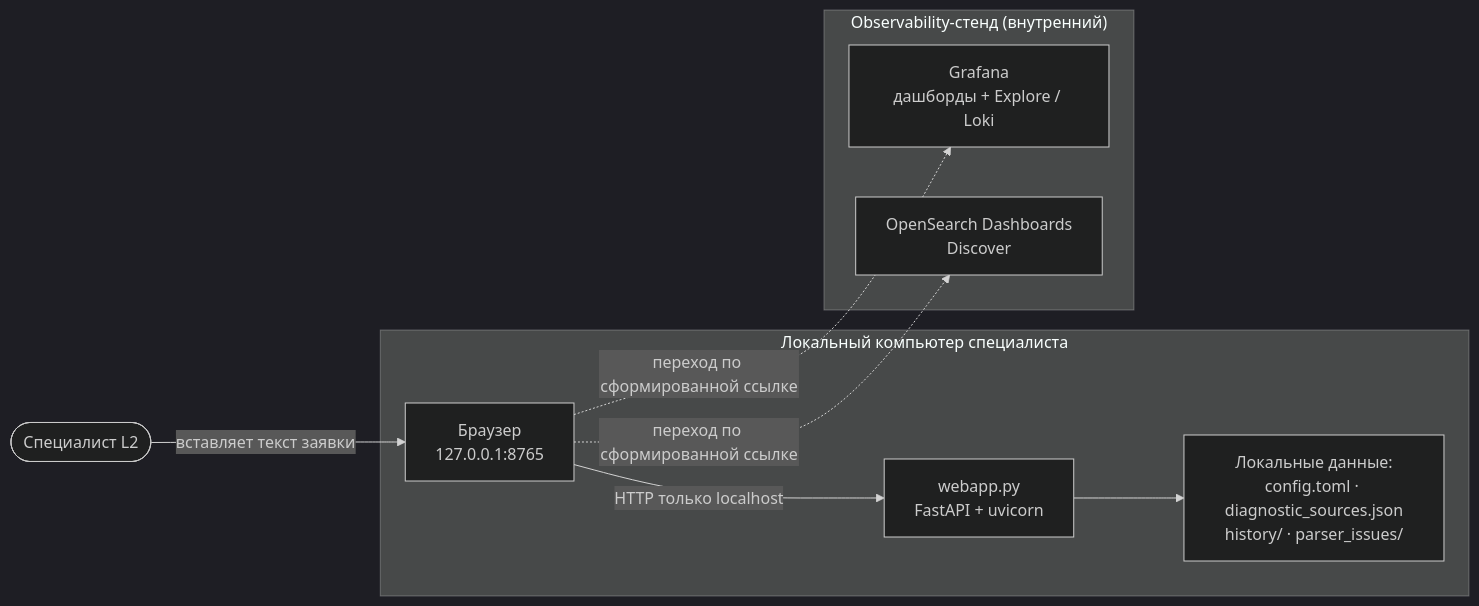
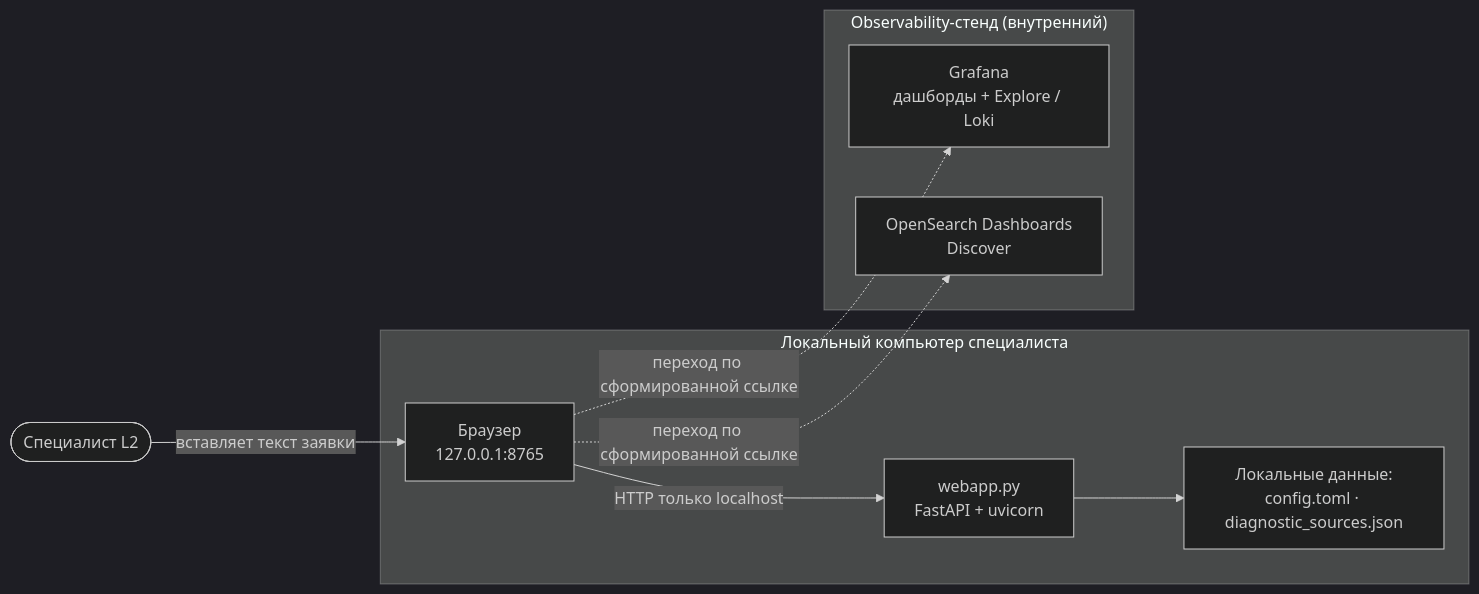
Before and after one commit to shifter1710/l2tool: the first of 12 diagrams in docs/ARCHITECTURE.md, drawn with Mermaid (dark theme). The commit also changed other lines of this file and 26 other files, not shown here.

````diff
--- a/docs/ARCHITECTURE.md
+++ b/docs/ARCHITECTURE.md
@@ -16,21 +16,21 @@
 ```mermaid
 flowchart LR
     user(["Специалист L2"])
 
     subgraph local["Локальный компьютер специалиста"]
         browser["Браузер<br/>127.0.0.1:8765"]
         webapp["webapp.py<br/>FastAPI + uvicorn"]
-        store["Локальные данные:<br/>config.toml · diagnostic_sources.json<br/>history/ · parser_issues/"]
+        store["Локальные данные:<br/>config.toml · diagnostic_sources.json"]
     end
 
     subgraph obs["Observability-стенд (внутренний)"]
         grafana["Grafana<br/>дашборды + Explore / Loki"]
         opensearch["OpenSearch Dashboards<br/>Discover"]
     end
 
     user -->|"вставляет текст заявки"| browser
     browser -->|"HTTP только localhost"| webapp
     webapp --> store
     browser -.->|"переход по сформированной ссылке"| grafana
     browser -.->|"переход по сформированной ссылке"| opensearch
 ```
````
